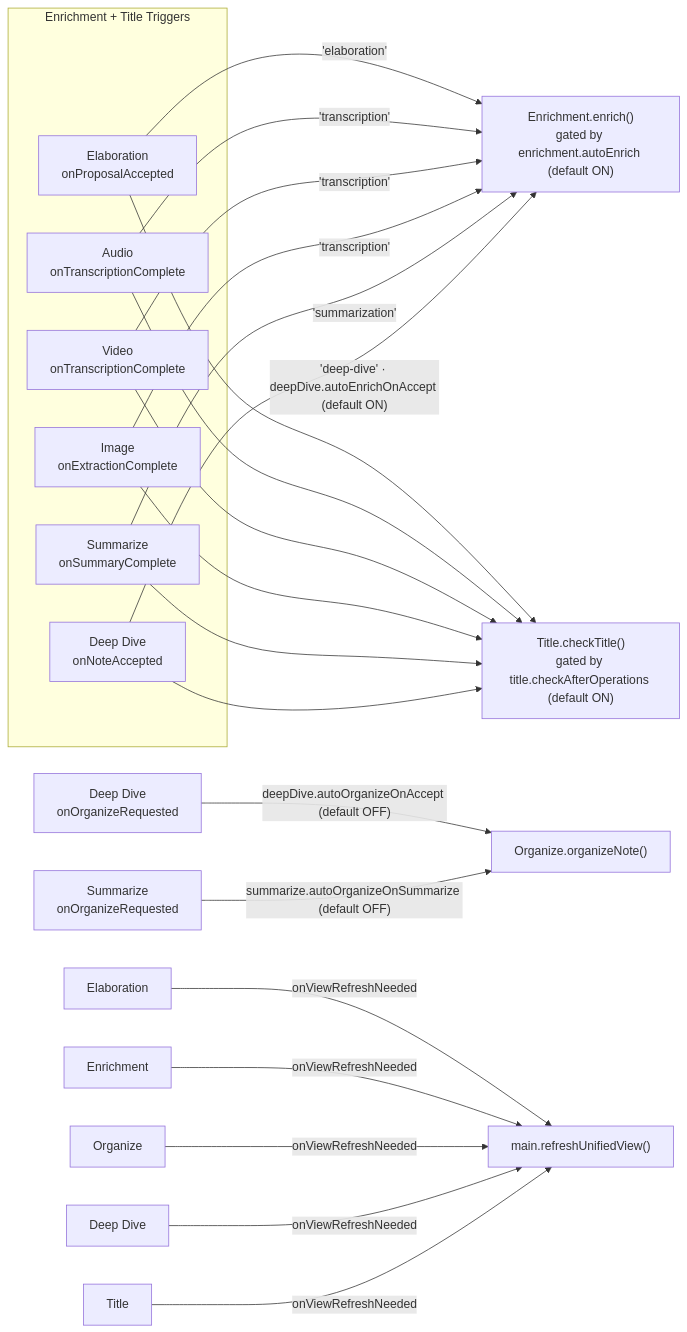
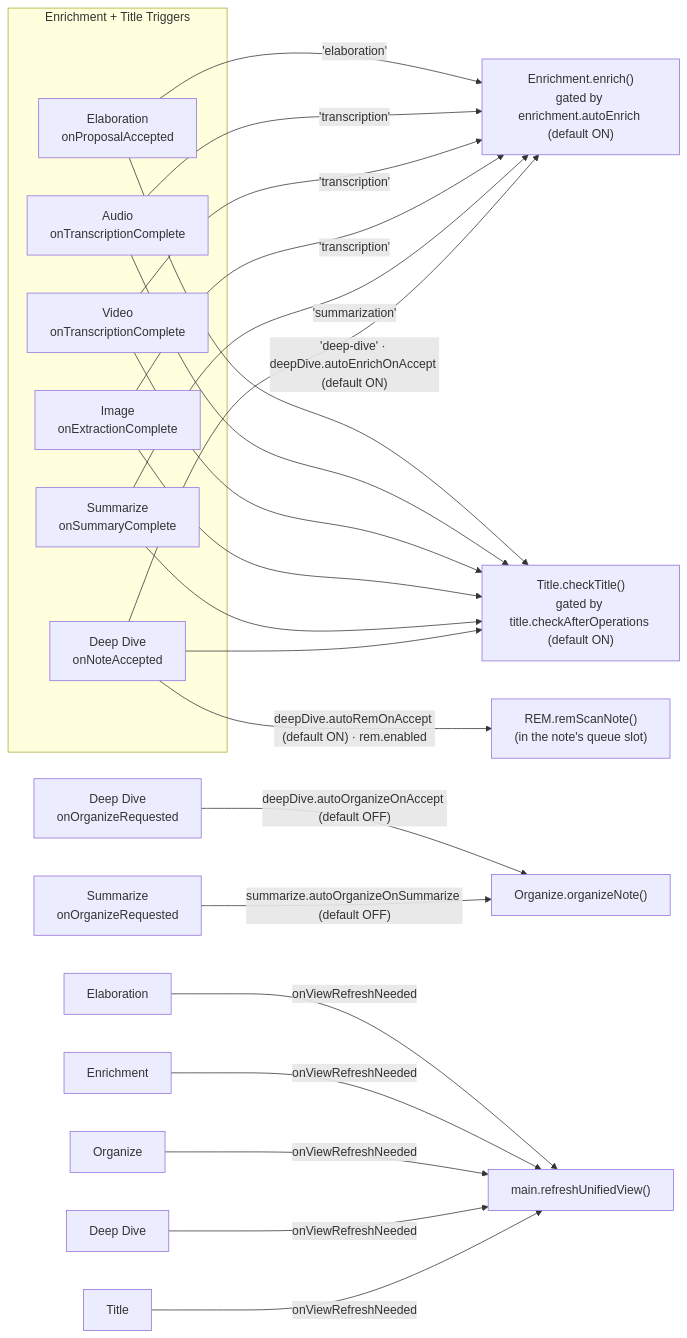
The ninth of 13 diagrams in ARCHITECTURE.md (dustinkeeton/obsidian-synapse), drawn with Mermaid before and after one commit. The commit also changed other lines of this file and 21 other files, not shown here.

````diff
--- a/ARCHITECTURE.md
+++ b/ARCHITECTURE.md
@@ -816,33 +819,35 @@
 ```mermaid
 graph LR
     subgraph Triggers["Enrichment + Title Triggers"]
         Elab["Elaboration<br/>onProposalAccepted"]
         Audio["Audio<br/>onTranscriptionComplete"]
         Video["Video<br/>onTranscriptionComplete"]
         Img["Image<br/>onExtractionComplete"]
         Summ["Summarize<br/>onSummaryComplete"]
         DDa["Deep Dive<br/>onNoteAccepted"]
     end
 
     Enrich["Enrichment.enrich()<br/>gated by enrichment.autoEnrich (default ON)"]
     TitleChk["Title.checkTitle()<br/>gated by title.checkAfterOperations (default ON)"]
+    RemScan["REM.remScanNote()<br/>(in the note's queue slot)"]
 
     Elab -->|"'elaboration'"| Enrich
     Audio -->|"'transcription'"| Enrich
     Video -->|"'transcription'"| Enrich
     Img -->|"'transcription'"| Enrich
     Summ -->|"'summarization'"| Enrich
     DDa -->|"'deep-dive' · deepDive.autoEnrichOnAccept (default ON)"| Enrich
 
     Elab --> TitleChk
     Audio --> TitleChk
     Video --> TitleChk
     Img --> TitleChk
     Summ --> TitleChk
     DDa --> TitleChk
+    DDa -->|"deepDive.autoRemOnAccept (default ON) · rem.enabled"| RemScan
 
     DD2["Deep Dive<br/>onOrganizeRequested"] -->|"deepDive.autoOrganizeOnAccept (default OFF)"| Org["Organize.organizeNote()"]
     Summ2["Summarize<br/>onOrganizeRequested"] -->|"summarize.autoOrganizeOnSummarize (default OFF)"| Org
 
     ElabR["Elaboration"] & EnrichR["Enrichment"] & OrgR["Organize"] & DDR["Deep Dive"] & TitleR["Title"] -->|onViewRefreshNeeded| Refresh["main.refreshUnifiedView()"]
 ```
````
